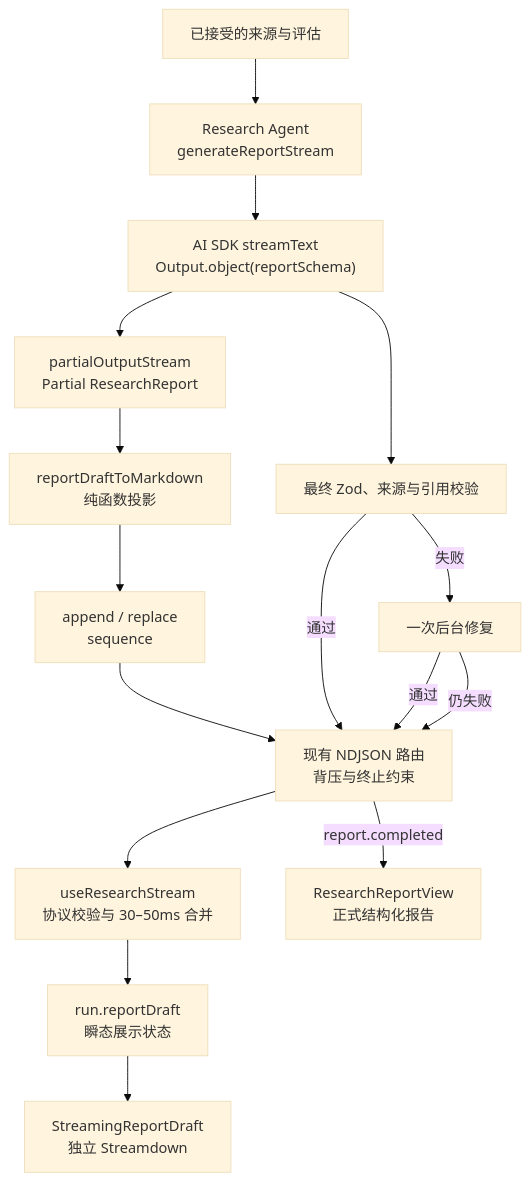
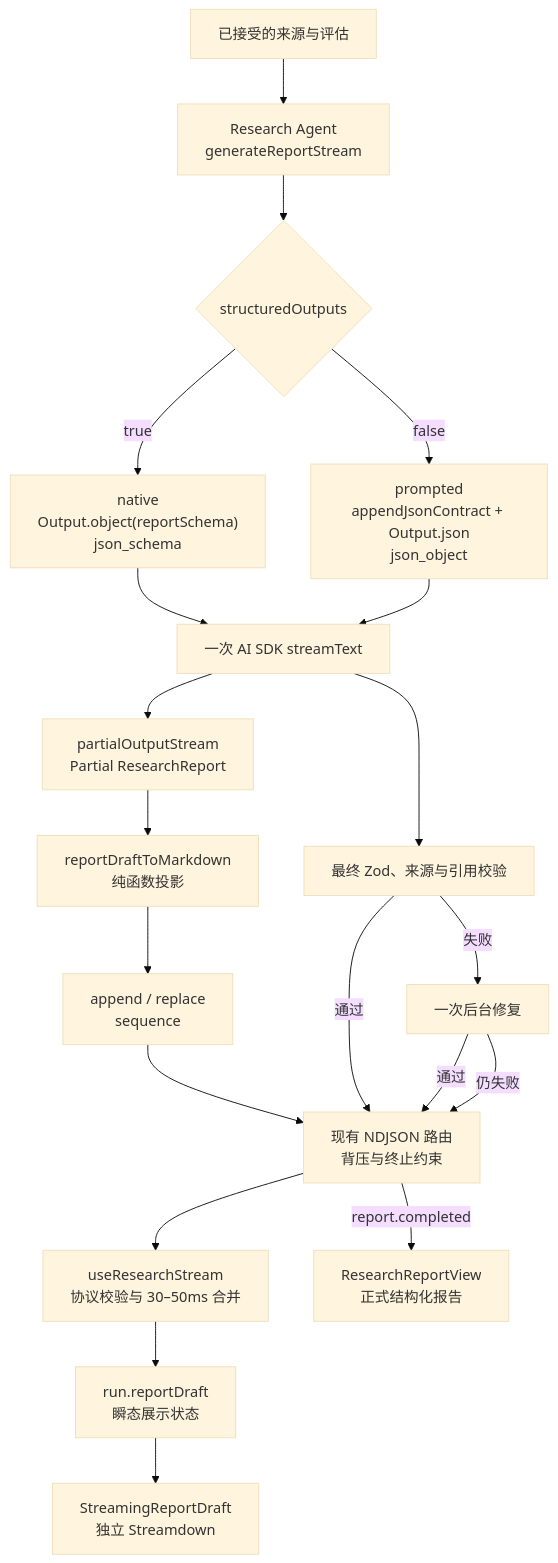
One commit to nightsu/research-agent-demo changed the first of 4 diagrams in docs/superpowers/specs/2026-07-16-streaming-research-report-design.md. Above: the diagram before and after it, drawn with Mermaid (base theme). The commit also changed other lines of this file and 3 other files, not shown here.

````diff
--- a/docs/superpowers/specs/2026-07-16-streaming-research-report-design.md
+++ b/docs/superpowers/specs/2026-07-16-streaming-research-report-design.md
@@ -51,26 +51,31 @@
 ```mermaid
 flowchart TB
     Evidence["已接受的来源与评估"]
     Agent["Research Agent\ngenerateReportStream"]
-    Model["AI SDK streamText\nOutput.object(reportSchema)"]
+    Capability{"structuredOutputs"}
+    Native["native\nOutput.object(reportSchema)\njson_schema"]
+    Prompted["prompted\nappendJsonContract + Output.json\njson_object"]
+    Model["一次 AI SDK streamText"]
     Partial["partialOutputStream\nPartial ResearchReport"]
     DraftProjector["reportDraftToMarkdown\n纯函数投影"]
     DeltaEncoder["append / replace\nsequence"]
     NDJSON["现有 NDJSON 路由\n背压与终止约束"]
     Hook["useResearchStream\n协议校验与 30–50ms 合并"]
     DraftState["run.reportDraft\n瞬态展示状态"]
     Streamdown["StreamingReportDraft\n独立 Streamdown"]
     Validation["最终 Zod、来源与引用校验"]
     Repair["一次后台修复"]
     Final["ResearchReportView\n正式结构化报告"]
 
-    Evidence --> Agent --> Model
+    Evidence --> Agent --> Capability
+    Capability -->|"true"| Native --> Model
+    Capability -->|"false"| Prompted --> Model
     Model --> Partial --> DraftProjector --> DeltaEncoder --> NDJSON
     NDJSON --> Hook --> DraftState --> Streamdown
     Model --> Validation
     Validation -->|"通过"| NDJSON
     Validation -->|"失败"| Repair
     Repair -->|"通过"| NDJSON
     NDJSON -->|"report.completed"| Final
     Repair -->|"仍失败"| NDJSON
 ```
````
